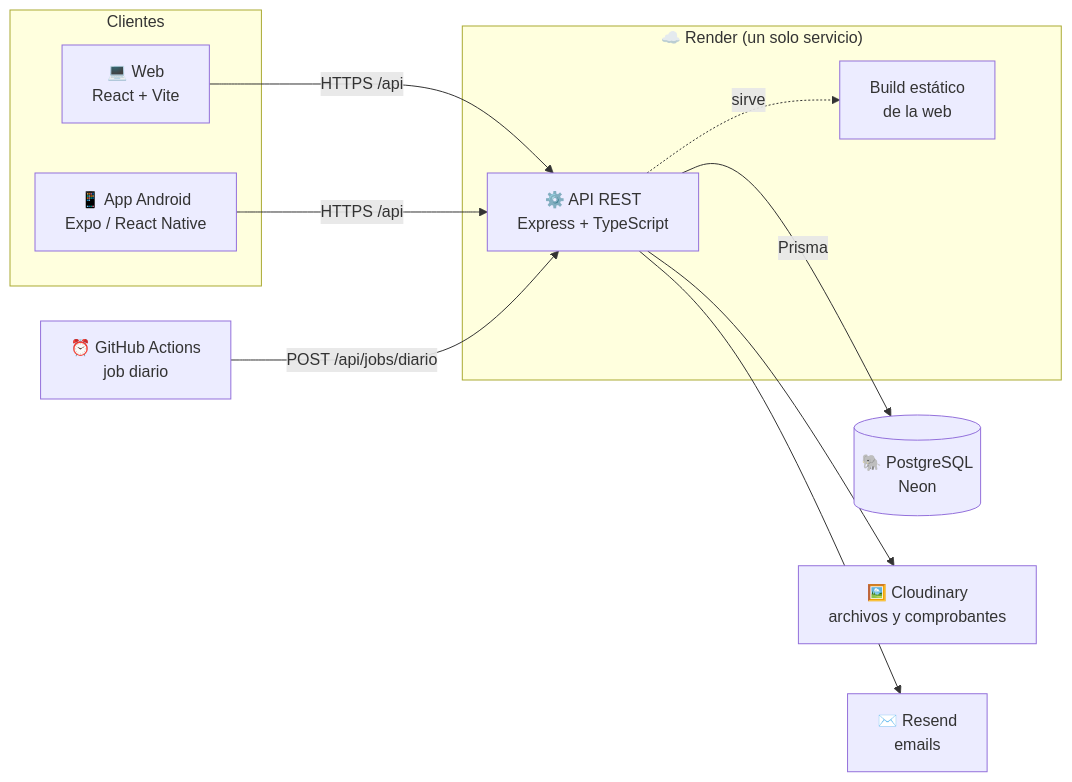
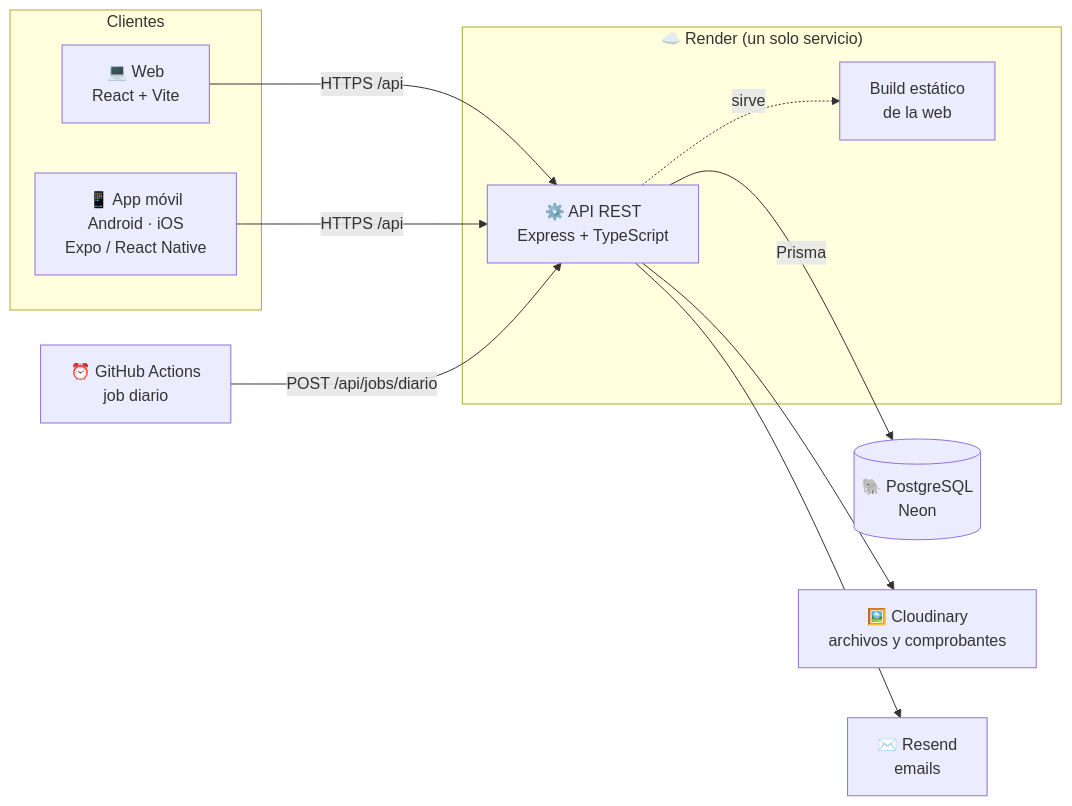
Before and after one commit to LauOporto/CentroEducativo-EducarParaTransformar: the second of 3 diagrams in README.md, drawn with Mermaid. The commit also changed other lines of this file and 2 other files, not shown here.

````diff
--- a/README.md
+++ b/README.md
@@ -158,25 +160,25 @@
 ```mermaid
 flowchart LR
     subgraph Clientes
         WEB["💻 Web<br/>React + Vite"]
-        APP["📱 App Android<br/>Expo / React Native"]
+        APP["📱 App móvil<br/>Android · iOS<br/>Expo / React Native"]
     end
 
     subgraph Render["☁️ Render (un solo servicio)"]
         API["⚙️ API REST<br/>Express + TypeScript"]
         SPA["Build estático<br/>de la web"]
     end
 
     DB[("🐘 PostgreSQL<br/>Neon")]
     CLD["🖼️ Cloudinary<br/>archivos y comprobantes"]
     MAIL["✉️ Resend<br/>emails"]
     GHA["⏰ GitHub Actions<br/>job diario"]
 
     WEB -- "HTTPS /api" --> API
     APP -- "HTTPS /api" --> API
     API -. sirve .-> SPA
     API -- Prisma --> DB
     API --> CLD
     API --> MAIL
     GHA -- "POST /api/jobs/diario" --> API
 ```
````
